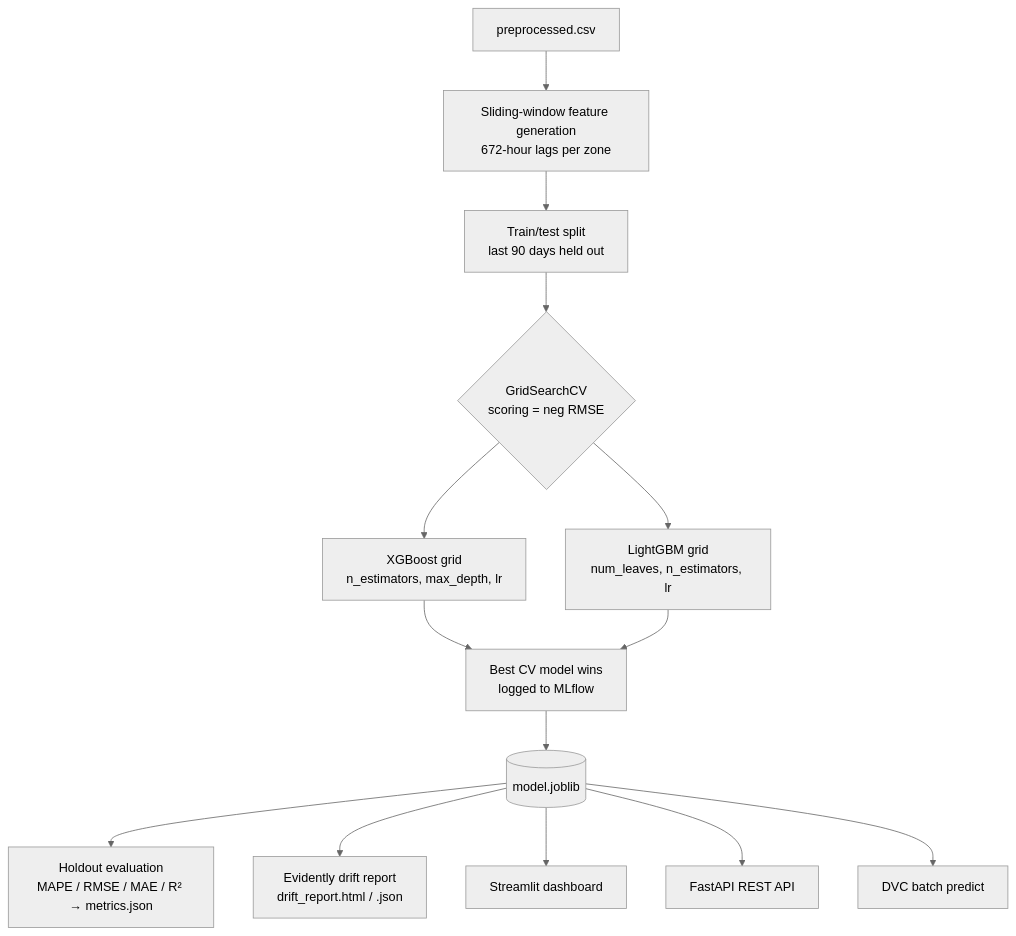
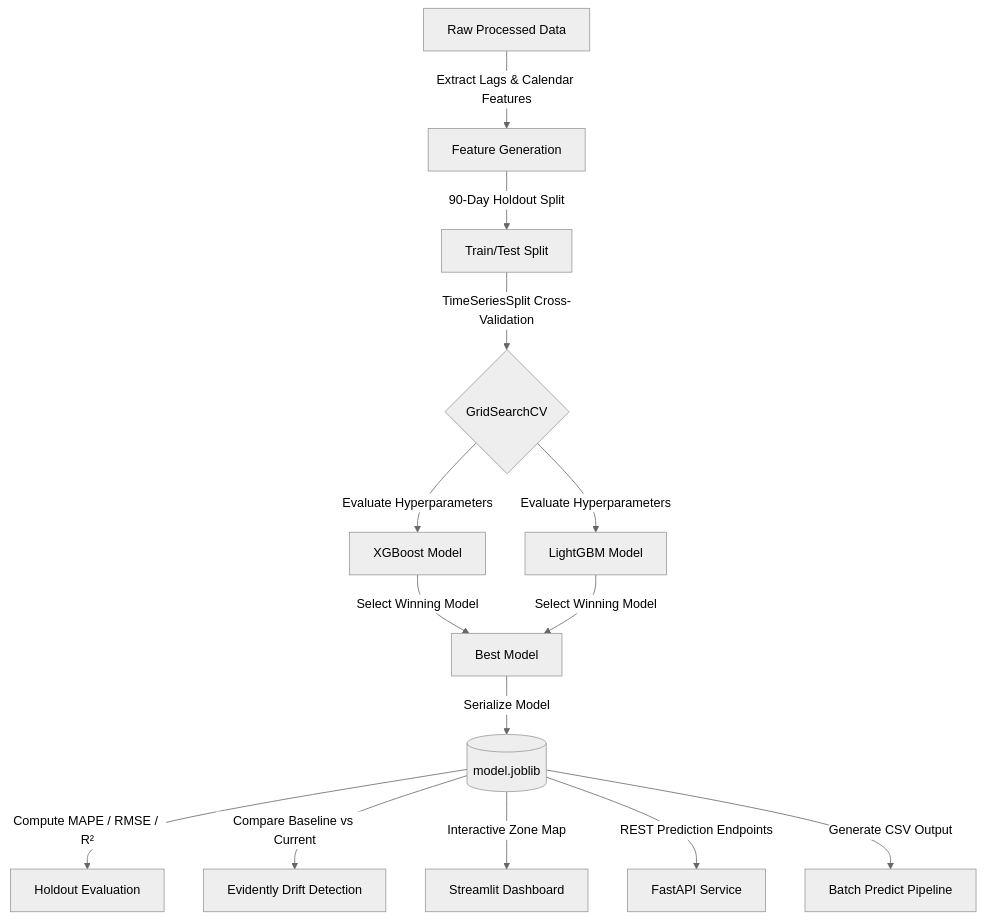
One commit to JavithNaseem-J/WattPredictor changed the second of 2 diagrams in README.md. Above: the diagram before and after it, drawn with Mermaid (neutral theme). The commit also changed other lines of this file and 2 other files, not shown here.

````diff
--- a/README.md
+++ b/README.md
@@ -80,16 +79,16 @@
 ```mermaid
 flowchart TD
-    A["preprocessed.csv"] --> B["Sliding-window feature generation<br/>672-hour lags per zone"]
-    B --> C["Train/test split<br/>last 90 days held out"]
-    C --> D{"GridSearchCV<br/>scoring = neg RMSE"}
-    D --> E["XGBoost grid<br/>n_estimators, max_depth, lr"]
-    D --> F["LightGBM grid<br/>num_leaves, n_estimators, lr"]
-    E --> G["Best CV model wins<br/>logged to MLflow"]
-    F --> G
-    G --> J[("model.joblib")]
-    J --> H["Holdout evaluation<br/>MAPE / RMSE / MAE / R² → metrics.json"]
-    J --> I["Evidently drift report<br/>drift_report.html / .json"]
-    J --> K["Streamlit dashboard"]
-    J --> L["FastAPI REST API"]
-    J --> M["DVC batch predict"]
+    A["Raw Processed Data"] -->|Extract Lags & Calendar Features| B["Feature Generation"]
+    B -->|90-Day Holdout Split| C["Train/Test Split"]
+    C -->|TimeSeriesSplit Cross-Validation| D{"GridSearchCV"}
+    D -->|Evaluate Hyperparameters| E["XGBoost Model"]
+    D -->|Evaluate Hyperparameters| F["LightGBM Model"]
+    E -->|Select Winning Model| G["Best Model"]
+    F -->|Select Winning Model| G
+    G -->|Serialize Model| J[("model.joblib")]
+    J -->|Compute MAPE / RMSE / R²| H["Holdout Evaluation"]
+    J -->|Compare Baseline vs Current| I["Evidently Drift Detection"]
+    J -->|Interactive Zone Map| K["Streamlit Dashboard"]
+    J -->|REST Prediction Endpoints| L["FastAPI Service"]
+    J -->|Generate CSV Output| M["Batch Predict Pipeline"]
 ```
````
